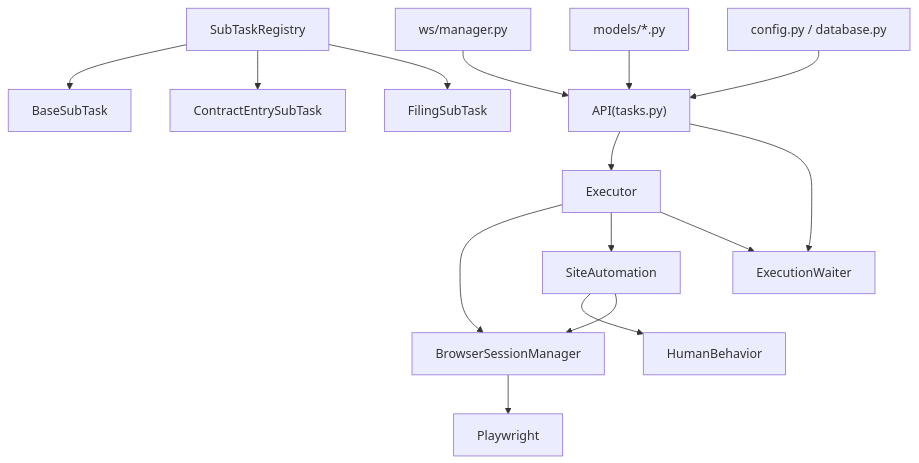
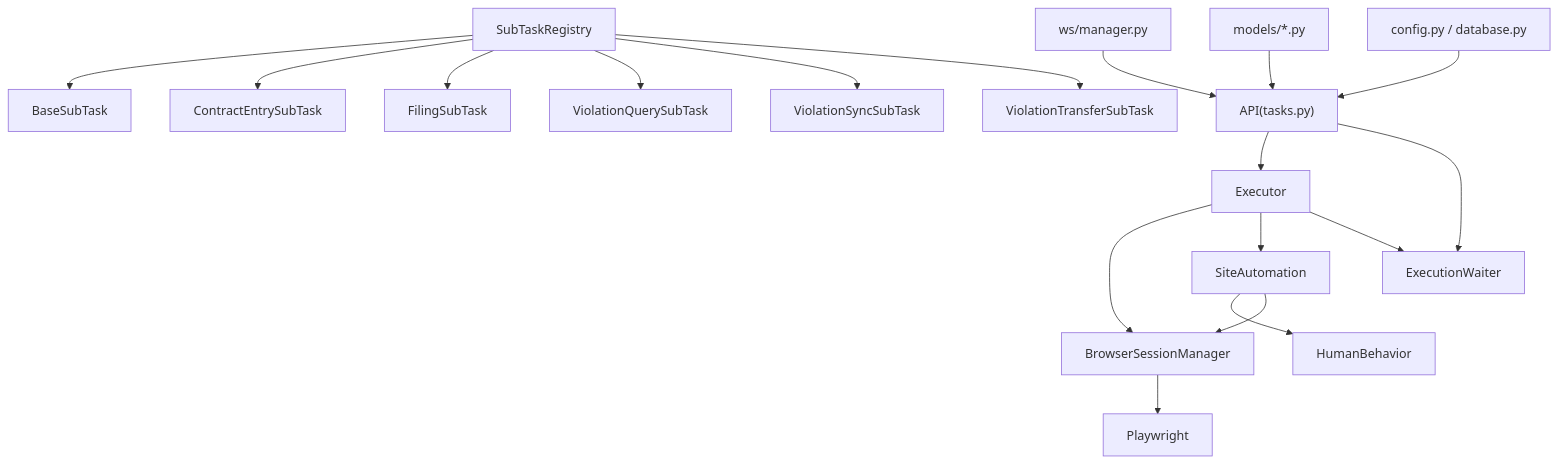
Diagram 13 of 13 in .qoder/repowiki/zh/content/浏览器自动化/浏览器自动化.md (onebody/ccclubs_AI_RPA), drawn with Mermaid before and after one commit. The commit also changed other lines of this file and 5 other files, not shown here.

````diff
--- a/.qoder/repowiki/zh/content/浏览器自动化/浏览器自动化.md
+++ b/.qoder/repowiki/zh/content/浏览器自动化/浏览器自动化.md
@@ -512,17 +693,20 @@
 ```mermaid
 graph TB
 SM["BrowserSessionManager"] --> PW["Playwright"]
 SA["SiteAutomation"] --> HB["HumanBehavior"]
 SA --> SM
 ST["SubTaskRegistry"] --> Base["BaseSubTask"]
 ST --> CE["ContractEntrySubTask"]
 ST --> FI["FilingSubTask"]
+ST --> VQ["ViolationQuerySubTask"]
+ST --> VS["ViolationSyncSubTask"]
+ST --> VT["ViolationTransferSubTask"]
 Exec["Executor"] --> SM
 Exec --> SA
 Exec --> WT["ExecutionWaiter"]
 API["API(tasks.py)"] --> Exec
 API --> WT
 WS["ws/manager.py"] --> API
 DB["models/*.py"] --> API
 CFG["config.py / database.py"] --> API
 ```
````
